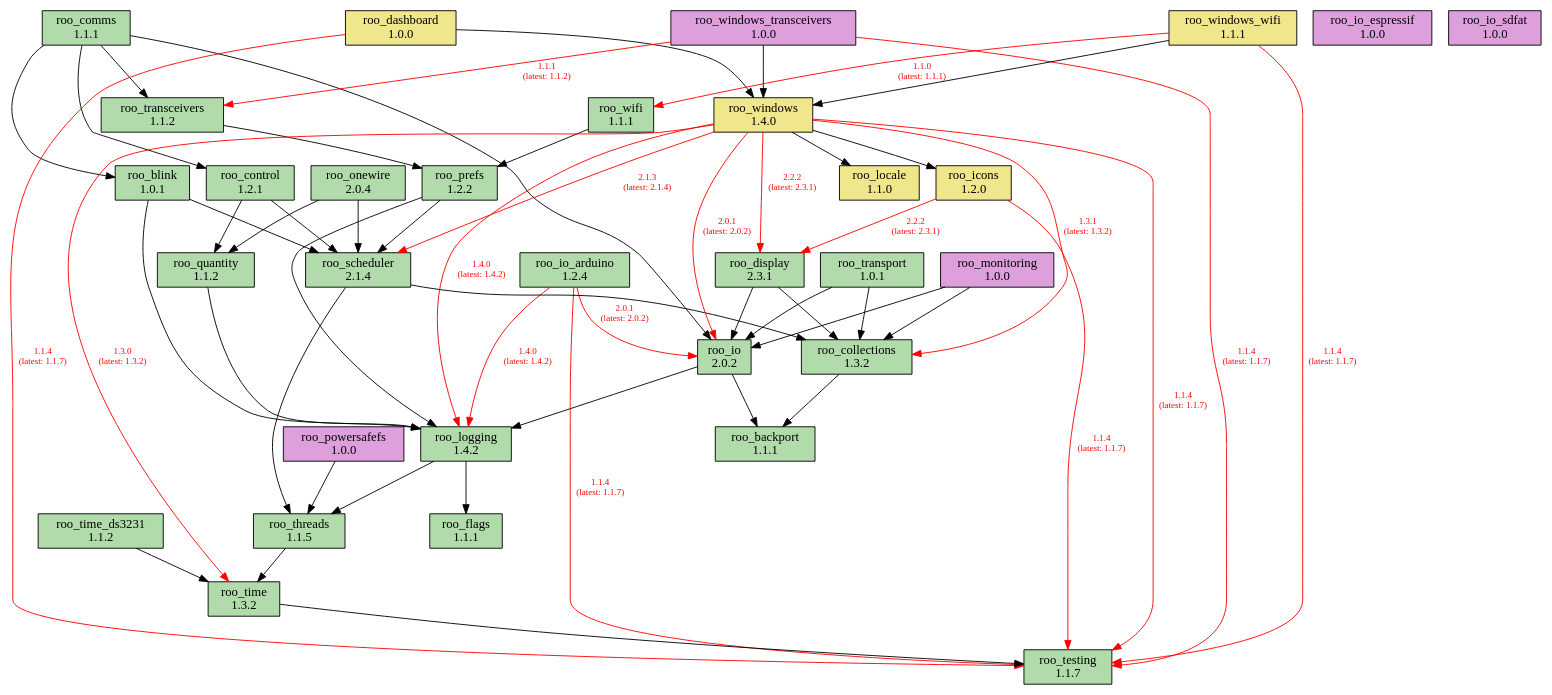
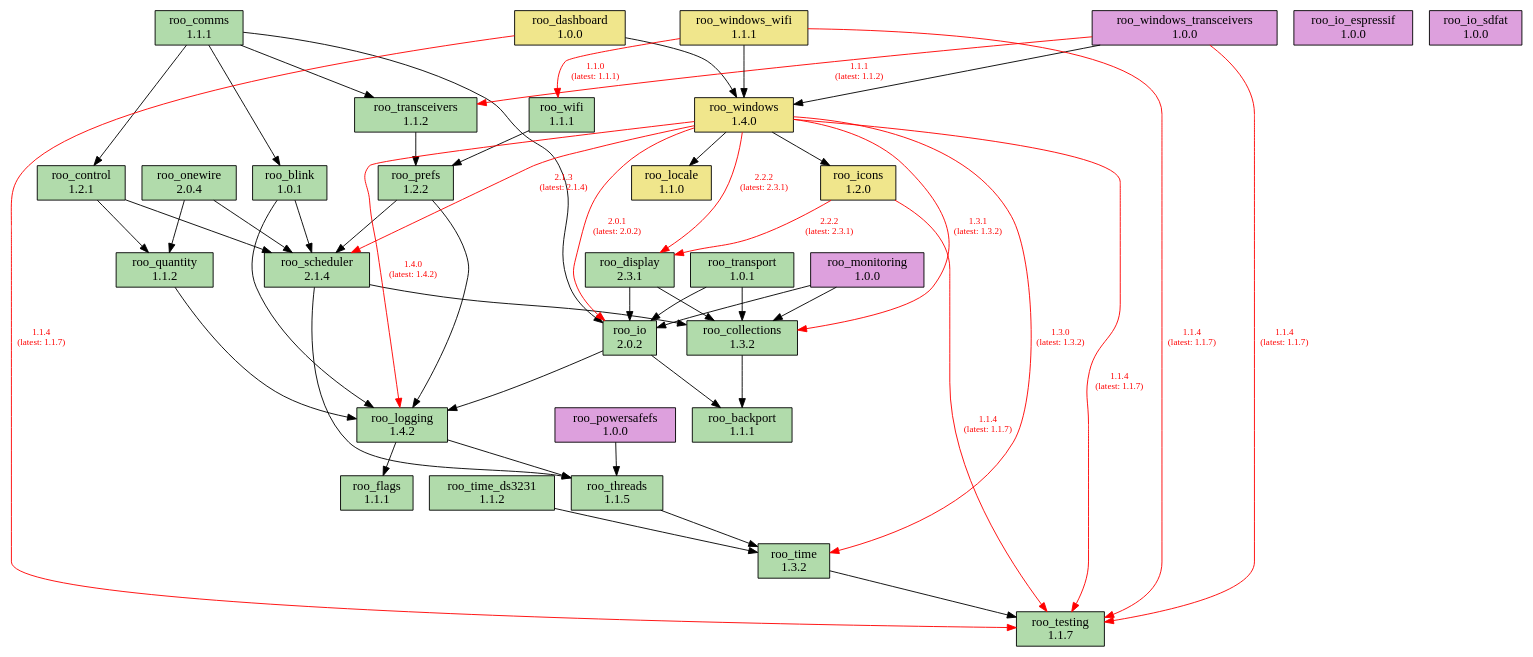
One commit to dejwk/roo-registry changed the diagram in doc/dependencies.dot. Above: the diagram before and after it, drawn with Graphviz. The commit also changed 2 other files, not shown here.

```diff
--- a/doc/dependencies.dot
+++ b/doc/dependencies.dot
@@ -1,94 +1,90 @@
 digraph dependencies {
     rankdir=TB;
     node [shape=box, style=filled];
     edge [fontsize=10];
 
     // Modules
     "roo_backport" [label="roo_backport\n1.1.1", fillcolor="#b1dbab"];
     "roo_blink" [label="roo_blink\n1.0.1", fillcolor="#b1dbab"];
     "roo_collections" [label="roo_collections\n1.3.2", fillcolor="#b1dbab"];
     "roo_comms" [label="roo_comms\n1.1.1", fillcolor="#b1dbab"];
     "roo_control" [label="roo_control\n1.2.1", fillcolor="#b1dbab"];
     "roo_dashboard" [label="roo_dashboard\n1.0.0", fillcolor="khaki"];
     "roo_display" [label="roo_display\n2.3.1", fillcolor="#b1dbab"];
     "roo_flags" [label="roo_flags\n1.1.1", fillcolor="#b1dbab"];
     "roo_icons" [label="roo_icons\n1.2.0", fillcolor="khaki"];
     "roo_io" [label="roo_io\n2.0.2", fillcolor="#b1dbab"];
-    "roo_io_arduino" [label="roo_io_arduino\n1.2.4", fillcolor="#b1dbab"];
     "roo_io_espressif" [label="roo_io_espressif\n1.0.0", fillcolor="plum"];
     "roo_io_sdfat" [label="roo_io_sdfat\n1.0.0", fillcolor="plum"];
     "roo_locale" [label="roo_locale\n1.1.0", fillcolor="khaki"];
     "roo_logging" [label="roo_logging\n1.4.2", fillcolor="#b1dbab"];
     "roo_monitoring" [label="roo_monitoring\n1.0.0", fillcolor="plum"];
     "roo_onewire" [label="roo_onewire\n2.0.4", fillcolor="#b1dbab"];
     "roo_powersafefs" [label="roo_powersafefs\n1.0.0", fillcolor="plum"];
     "roo_prefs" [label="roo_prefs\n1.2.2", fillcolor="#b1dbab"];
     "roo_quantity" [label="roo_quantity\n1.1.2", fillcolor="#b1dbab"];
     "roo_scheduler" [label="roo_scheduler\n2.1.4", fillcolor="#b1dbab"];
     "roo_testing" [label="roo_testing\n1.1.7", fillcolor="#b1dbab"];
     "roo_threads" [label="roo_threads\n1.1.5", fillcolor="#b1dbab"];
     "roo_time" [label="roo_time\n1.3.2", fillcolor="#b1dbab"];
     "roo_time_ds3231" [label="roo_time_ds3231\n1.1.2", fillcolor="#b1dbab"];
     "roo_transceivers" [label="roo_transceivers\n1.1.2", fillcolor="#b1dbab"];
     "roo_transport" [label="roo_transport\n1.0.1", fillcolor="#b1dbab"];
     "roo_wifi" [label="roo_wifi\n1.1.1", fillcolor="#b1dbab"];
     "roo_windows" [label="roo_windows\n1.4.0", fillcolor="khaki"];
     "roo_windows_transceivers" [label="roo_windows_transceivers\n1.0.0", fillcolor="plum"];
     "roo_windows_wifi" [label="roo_windows_wifi\n1.1.1", fillcolor="khaki"];
 
     // Dependencies
     "roo_blink" -> "roo_logging";
     "roo_blink" -> "roo_scheduler";
     "roo_collections" -> "roo_backport";
     "roo_comms" -> "roo_blink";
     "roo_comms" -> "roo_control";
     "roo_comms" -> "roo_io";
     "roo_comms" -> "roo_transceivers";
     "roo_control" -> "roo_quantity";
     "roo_control" -> "roo_scheduler";
     "roo_dashboard" -> "roo_testing" [color=red, fontcolor=red, label="1.1.4\n(latest: 1.1.7)"];
     "roo_dashboard" -> "roo_windows";
     "roo_display" -> "roo_collections";
     "roo_display" -> "roo_io";
     "roo_icons" -> "roo_testing" [color=red, fontcolor=red, label="1.1.4\n(latest: 1.1.7)"];
     "roo_icons" -> "roo_display" [color=red, fontcolor=red, label="2.2.2\n(latest: 2.3.1)"];
     "roo_io" -> "roo_backport";
     "roo_io" -> "roo_logging";
-    "roo_io_arduino" -> "roo_testing" [color=red, fontcolor=red, label="1.1.4\n(latest: 1.1.7)"];
-    "roo_io_arduino" -> "roo_io" [color=red, fontcolor=red, label="2.0.1\n(latest: 2.0.2)"];
-    "roo_io_arduino" -> "roo_logging" [color=red, fontcolor=red, label="1.4.0\n(latest: 1.4.2)"];
     "roo_logging" -> "roo_flags";
     "roo_logging" -> "roo_threads";
     "roo_monitoring" -> "roo_collections";
     "roo_monitoring" -> "roo_io";
     "roo_onewire" -> "roo_scheduler";
     "roo_onewire" -> "roo_quantity";
     "roo_powersafefs" -> "roo_threads";
     "roo_prefs" -> "roo_logging";
     "roo_prefs" -> "roo_scheduler";
     "roo_quantity" -> "roo_logging";
     "roo_scheduler" -> "roo_collections";
     "roo_scheduler" -> "roo_threads";
     "roo_threads" -> "roo_time";
     "roo_time" -> "roo_testing";
     "roo_time_ds3231" -> "roo_time";
     "roo_transceivers" -> "roo_prefs";
     "roo_transport" -> "roo_collections";
     "roo_transport" -> "roo_io";
     "roo_wifi" -> "roo_prefs";
     "roo_windows" -> "roo_testing" [color=red, fontcolor=red, label="1.1.4\n(latest: 1.1.7)"];
     "roo_windows" -> "roo_collections" [color=red, fontcolor=red, label="1.3.1\n(latest: 1.3.2)"];
     "roo_windows" -> "roo_display" [color=red, fontcolor=red, label="2.2.2\n(latest: 2.3.1)"];
     "roo_windows" -> "roo_locale";
     "roo_windows" -> "roo_logging" [color=red, fontcolor=red, label="1.4.0\n(latest: 1.4.2)"];
     "roo_windows" -> "roo_icons";
     "roo_windows" -> "roo_io" [color=red, fontcolor=red, label="2.0.1\n(latest: 2.0.2)"];
     "roo_windows" -> "roo_scheduler" [color=red, fontcolor=red, label="2.1.3\n(latest: 2.1.4)"];
     "roo_windows" -> "roo_time" [color=red, fontcolor=red, label="1.3.0\n(latest: 1.3.2)"];
     "roo_windows_transceivers" -> "roo_testing" [color=red, fontcolor=red, label="1.1.4\n(latest: 1.1.7)"];
     "roo_windows_transceivers" -> "roo_transceivers" [color=red, fontcolor=red, label="1.1.1\n(latest: 1.1.2)"];
     "roo_windows_transceivers" -> "roo_windows";
     "roo_windows_wifi" -> "roo_testing" [color=red, fontcolor=red, label="1.1.4\n(latest: 1.1.7)"];
     "roo_windows_wifi" -> "roo_wifi" [color=red, fontcolor=red, label="1.1.0\n(latest: 1.1.1)"];
     "roo_windows_wifi" -> "roo_windows";
 }
```
